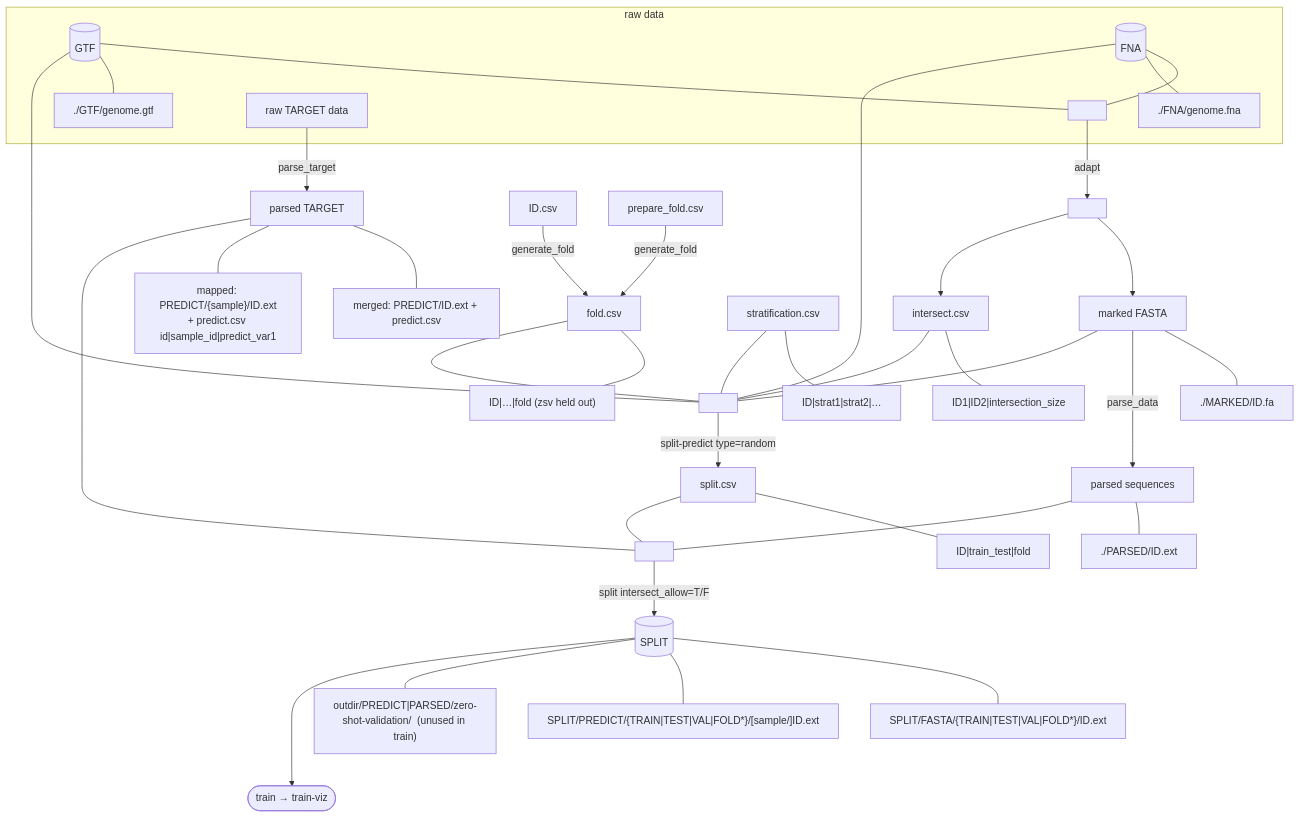
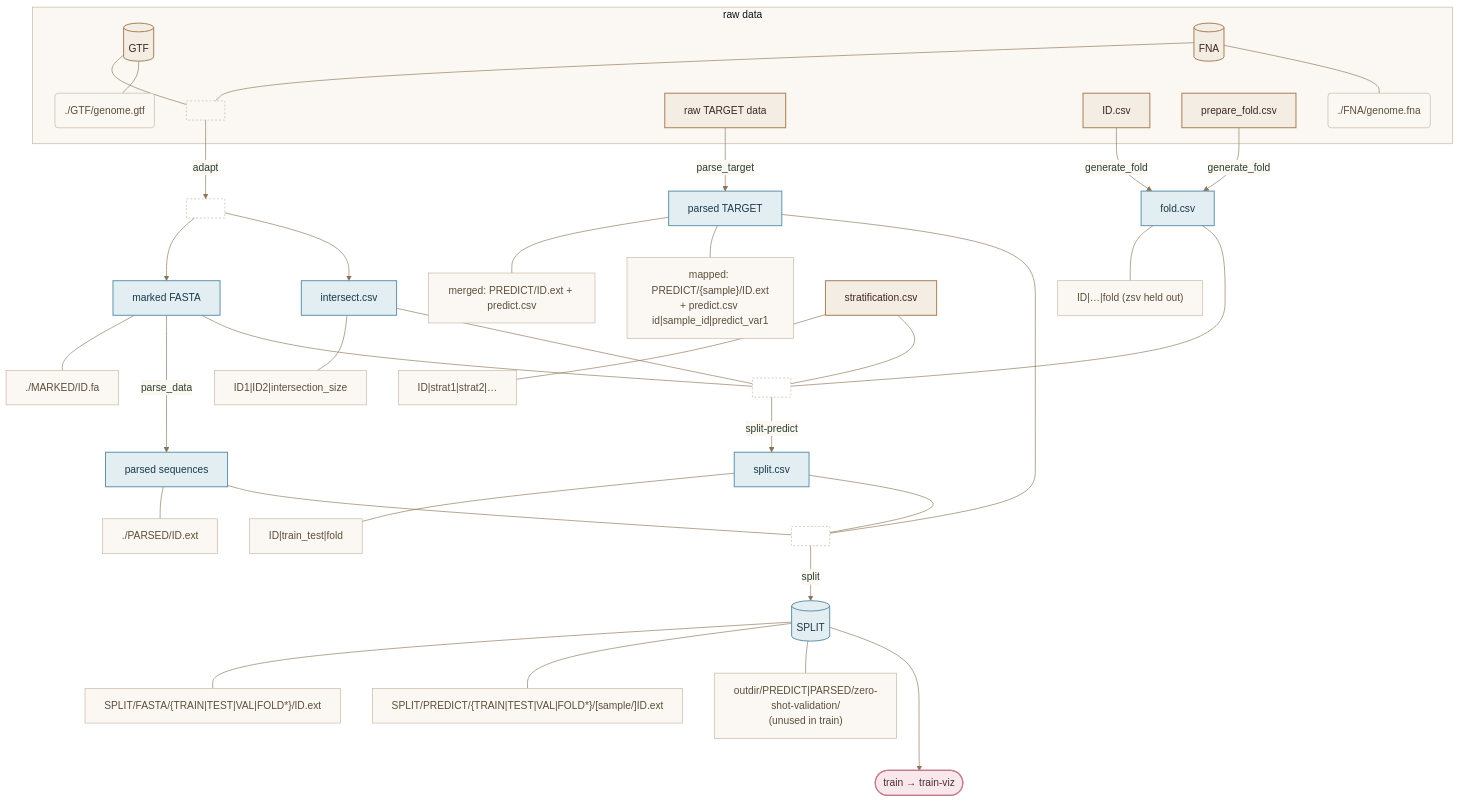
Before and after one commit to Sirius-Back/Giga_Mario: the diagram in wiki/architecture.md, drawn with Mermaid. The commit also changed other lines of this file and 10 other files, not shown here.

Commit message:
Refresh wiki and README architecture / pipeline docs.

````diff
--- a/wiki/architecture.md
+++ b/wiki/architecture.md
@@ -11,50 +11,63 @@
 ```mermaid
+%%{init: {'theme':'base','themeVariables':{'primaryColor':'#E8F0E6','primaryTextColor':'#2C3E2D','primaryBorderColor':'#6B8F71','lineColor':'#8B7355','secondaryColor':'#E3EEF3','tertiaryColor':'#F4EDE4','clusterBkg':'#FBF8F4','clusterBorder':'#C4B5A0','edgeLabelBackground':'#FBF8F4','fontFamily':'ui-sans-serif, system-ui, sans-serif'}}}%%
 flowchart TD
     subgraph raw["raw data"]
         A[(GTF)]
-        A1["./GTF/genome.gtf"]
+        A1("./GTF/genome.gtf")
         C[(FNA)]
-        C1["./FNA/genome.fna"]
-        D["raw TARGET data"]
+        C1("./FNA/genome.fna")
+        D[raw TARGET data]
+        IDT[ID.csv]
+        PF[prepare_fold.csv]
         E1[" "]
     end
 
     A --- E1
     A --- A1
     C --- E1
     C --- C1
     E1 -->|adapt| E4[" "]
-    E4 --> B["marked FASTA"]
-    E4 --> J["intersect.csv"]
+    E4 --> B[marked FASTA]
+    E4 --> J[intersect.csv]
     J --- J1["ID1|ID2|intersection_size"]
     B --- B1["./MARKED/ID.fa"]
-    B -->|parse_data| M["parsed sequences"]
+    B -->|parse_data| M[parsed sequences]
     M --- M1["./PARSED/ID.ext"]
 
-    D -->|parse_target| F["parsed TARGET"]
+    D -->|parse_target| F[parsed TARGET]
     F --- F1["merged: PREDICT/ID.ext + predict.csv"]
     F --- F2["mapped: PREDICT/{sample}/ID.ext\n+ predict.csv id|sample_id|predict_var1"]
 
-    IDT["ID.csv"] -->|generate_fold| HF["fold.csv"]
-    PF["prepare_fold.csv"] -->|generate_fold| HF
-    G["stratification.csv"] --- G1["ID|strat1|strat2|…"]
+    IDT -->|generate_fold| HF[fold.csv]
+    PF -->|generate_fold| HF
+    G[stratification.csv] --- G1["ID|strat1|strat2|…"]
     HF --- H1["ID|…|fold  (zsv held out)"]
 
-    A --- E2[" "]
-    B --- E2
-    C --- E2
+    B --- E2[" "]
     G --- E2
     HF --- E2
     J --- E2
-    E2 -->|split-predict type=random| I["split.csv"]
+    E2 -->|split-predict| I[split.csv]
     I --- I1["ID|train_test|fold"]
 
     I --- E3[" "]
     M --- E3
     F --- E3
-    E3 -->|split intersect_allow=T/F| K[("SPLIT")]
+    E3 -->|split| K[(SPLIT)]
     K --- K1["SPLIT/FASTA/{TRAIN|TEST|VAL|FOLD*}/ID.ext"]
     K --- K2["SPLIT/PREDICT/{TRAIN|TEST|VAL|FOLD*}/[sample/]ID.ext"]
-    K --- K3["outdir/PREDICT|PARSED/zero-shot-validation/  (unused in train)"]
+    K --- K3["outdir/PREDICT|PARSED/zero-shot-validation/\n(unused in train)"]
     K ---> L(["train → train-viz"])
+
+    classDef earth fill:#F4EDE4,stroke:#A67C52,stroke-width:1.5px,color:#3E2723
+    classDef ocean fill:#E3EEF3,stroke:#5B8FA8,stroke-width:1.5px,color:#1A3A4A
+    classDef liposome fill:#F8E8EC,stroke:#C47A8A,stroke-width:1.8px,color:#4A2C35
+    classDef detail fill:#FBF8F4,stroke:#C4B5A0,stroke-width:1px,color:#5C4E3A
+    classDef join fill:transparent,stroke:#C4B5A0,stroke-width:1px,stroke-dasharray:3 3,color:#8B7355
+
+    class A,C,D,IDT,PF,G earth
+    class B,J,M,F,HF,I,K ocean
+    class L liposome
+    class A1,C1,B1,J1,M1,F1,F2,G1,H1,I1,K1,K2,K3 detail
+    class E1,E2,E3,E4 join
 ```
````
